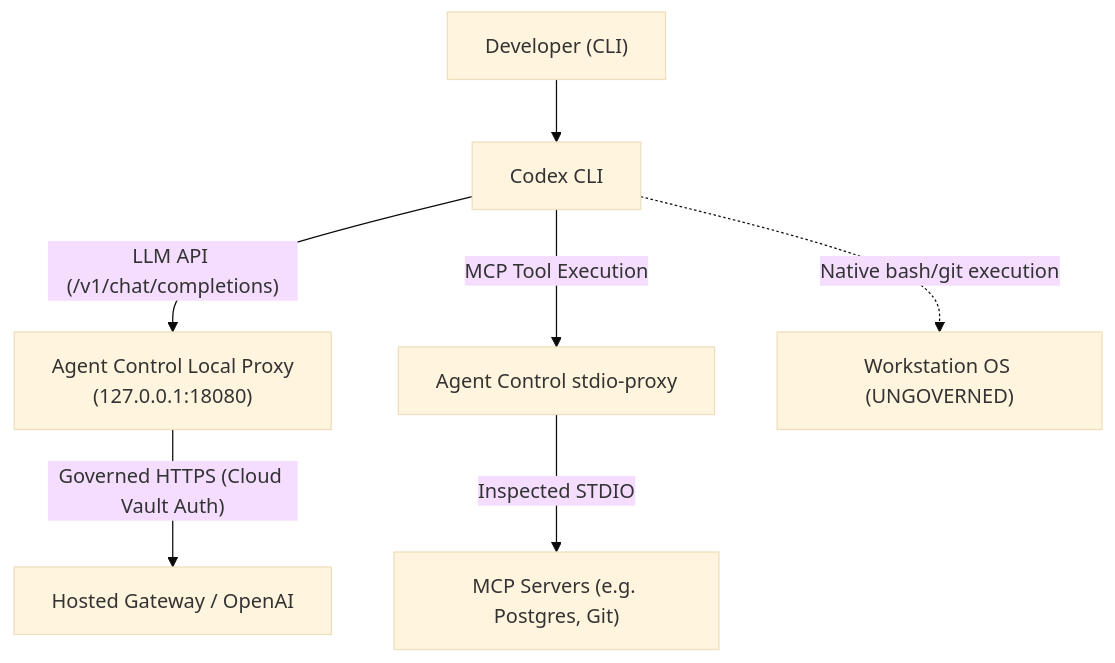
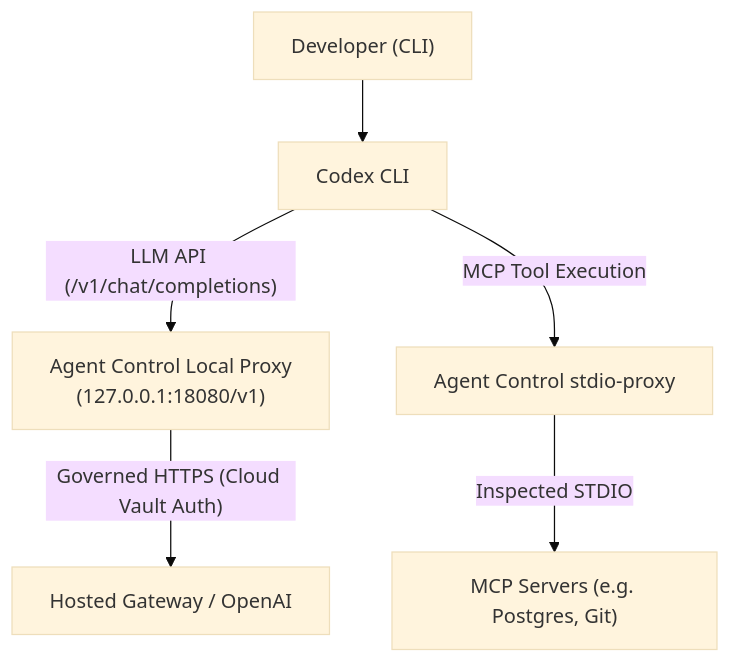
The diagram in docs/guides/codex_integration.md (noviqtechnologies/Vexa-Agent-Control), drawn with Mermaid (base theme) before and after one commit. The commit also changed other lines of this file and 22 other files, not shown here.

````diff
--- a/docs/guides/codex_integration.md
+++ b/docs/guides/codex_integration.md
@@ -11,9 +11,8 @@
 ```mermaid
 graph TD
     User["Developer (CLI)"] --> Codex["Codex CLI"]
-    Codex -->|"LLM API (/v1/chat/completions)"| Proxy["Agent Control Local Proxy\n(127.0.0.1:18080)"]
+    Codex -->|"LLM API (/v1/chat/completions)"| Proxy["Agent Control Local Proxy\n(127.0.0.1:18080/v1)"]
     Proxy -->|"Governed HTTPS (Cloud Vault Auth)"| Gateway["Hosted Gateway / OpenAI"]
     Codex -->|"MCP Tool Execution"| Stdio["Agent Control stdio-proxy"]
     Stdio -->|"Inspected STDIO"| McpServer["MCP Servers (e.g. Postgres, Git)"]
-    Codex -.->|"Native bash/git execution"| OS["Workstation OS (UNGOVERNED)"]
 ```
````
